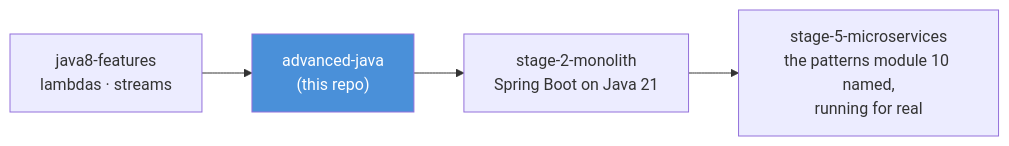
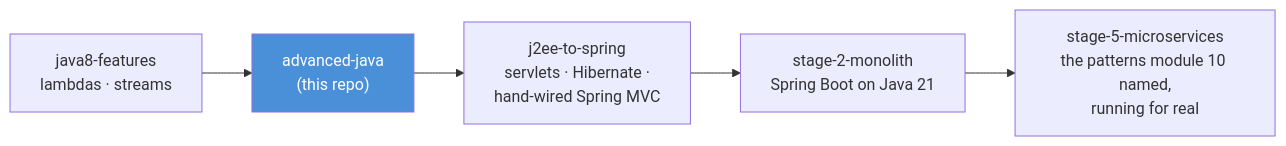
Before and after one commit to EVAITCS-Training/training-repo: the second of 2 diagrams in advanced-java/README.md, drawn with Mermaid. The commit also changed other lines of this file and 85 other files, not shown here.

First line of the commit message:
j2ee-to-spring: the evolution course between JDBC and Spring Boot (4 modules, 40 tests)

````diff
--- a/advanced-java/README.md
+++ b/advanced-java/README.md
@@ -138,8 +138,9 @@
 ```mermaid
 flowchart LR
     J8["java8-features<br/>lambdas · streams"] --> A["advanced-java<br/>(this repo)"]
-    A --> S["stage-2-monolith<br/>Spring Boot on Java 21"]
+    A --> J2S["j2ee-to-spring<br/>servlets · Hibernate ·<br/>hand-wired Spring MVC"]
+    J2S --> S["stage-2-monolith<br/>Spring Boot on Java 21"]
     S --> M["stage-5-microservices<br/>the patterns module 10 named,<br/>running for real"]
 
     style A fill:#4a90d9,color:#fff
 ```
````
